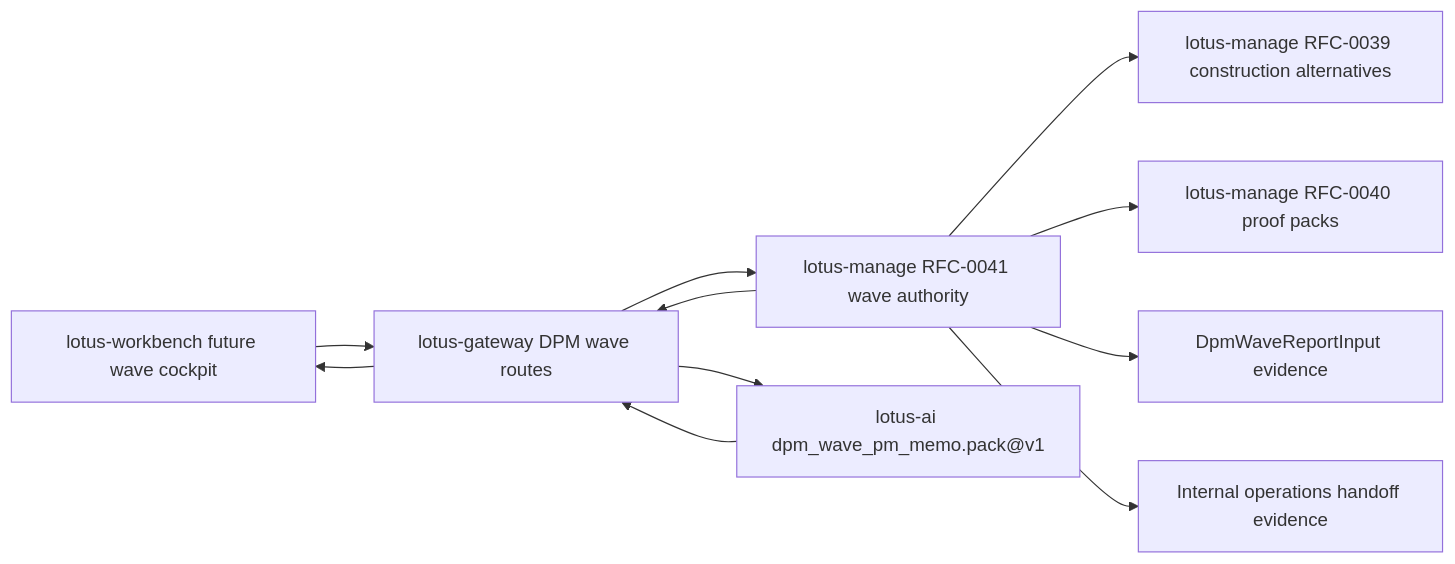
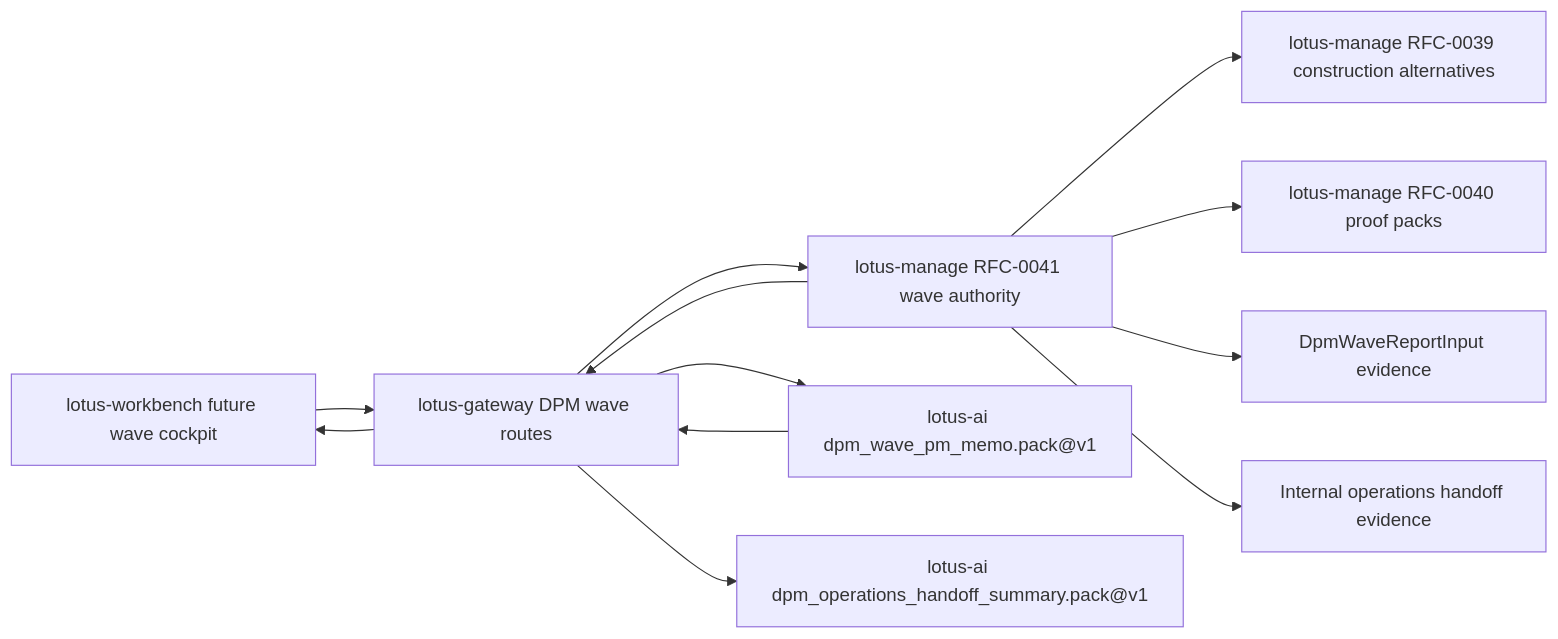
One commit to sgajbi/lotus-gateway changed the fourth of 7 diagrams in wiki/Supported-Features.md. Above: the diagram before and after it, drawn with Mermaid. The commit also changed other lines of this file and 11 other files, not shown here.

Commit message:
Add DPM operations handoff summary gateway handoff

````diff
--- a/wiki/Supported-Features.md
+++ b/wiki/Supported-Features.md
@@ -215,13 +218,14 @@
 ```mermaid
 flowchart LR
     Workbench[lotus-workbench future wave cockpit] --> Gateway[lotus-gateway DPM wave routes]
     Gateway --> Manage[lotus-manage RFC-0041 wave authority]
     Gateway --> AI[lotus-ai dpm_wave_pm_memo.pack@v1]
+    Gateway --> OpsAI[lotus-ai dpm_operations_handoff_summary.pack@v1]
     Manage --> Construction[lotus-manage RFC-0039 construction alternatives]
     Manage --> Proof[lotus-manage RFC-0040 proof packs]
     Manage --> ReportInput[DpmWaveReportInput evidence]
     Manage --> Ops[Internal operations handoff evidence]
     Manage --> Gateway
     AI --> Gateway
     Gateway --> Workbench
 ```
````
